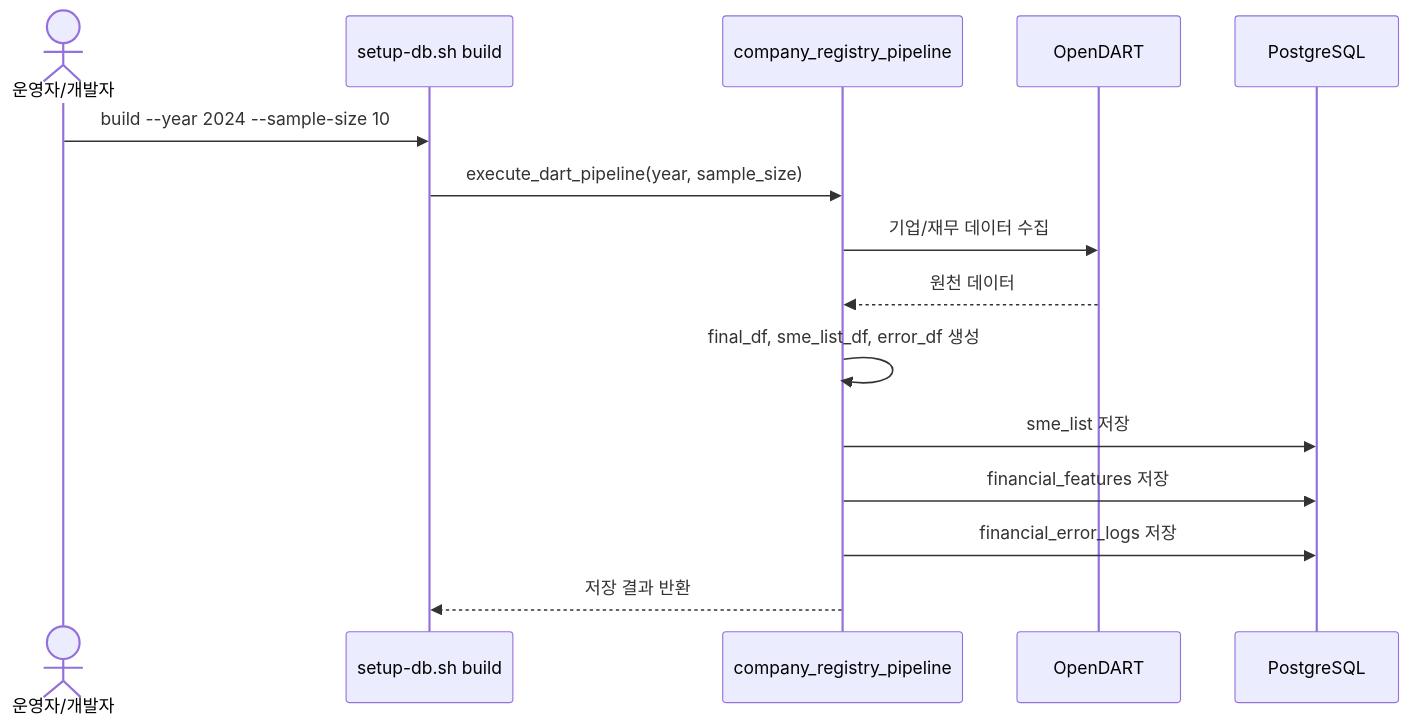
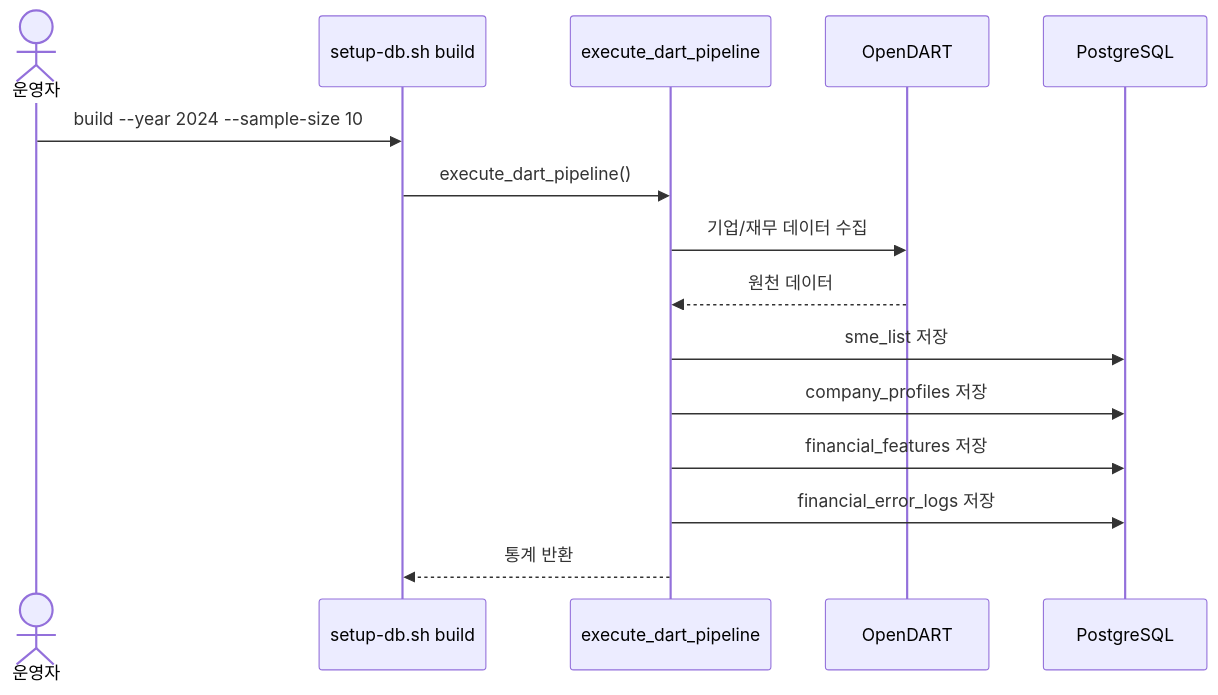
The third of 3 diagrams in docs/design/sequence-diagram.md (hypoxisaurea/FinAgent-SME), drawn with Mermaid before and after one commit. The commit also changed other lines of this file and 16 other files, not shown here.

````diff
--- a/docs/design/sequence-diagram.md
+++ b/docs/design/sequence-diagram.md
@@ -120,18 +104,18 @@
 ```mermaid
 sequenceDiagram
-    actor Operator as 운영자/개발자
+    actor Operator as 운영자
     participant CLI as setup-db.sh build
-    participant SVC as company_registry_pipeline
+    participant SVC as execute_dart_pipeline
     participant DART as OpenDART
     participant DB as PostgreSQL
 
     Operator->>CLI: build --year 2024 --sample-size 10
-    CLI->>SVC: execute_dart_pipeline(year, sample_size)
+    CLI->>SVC: execute_dart_pipeline()
     SVC->>DART: 기업/재무 데이터 수집
     DART-->>SVC: 원천 데이터
-    SVC->>SVC: final_df, sme_list_df, error_df 생성
     SVC->>DB: sme_list 저장
+    SVC->>DB: company_profiles 저장
     SVC->>DB: financial_features 저장
     SVC->>DB: financial_error_logs 저장
-    SVC-->>CLI: 저장 결과 반환
+    SVC-->>CLI: 통계 반환
 ```
````
